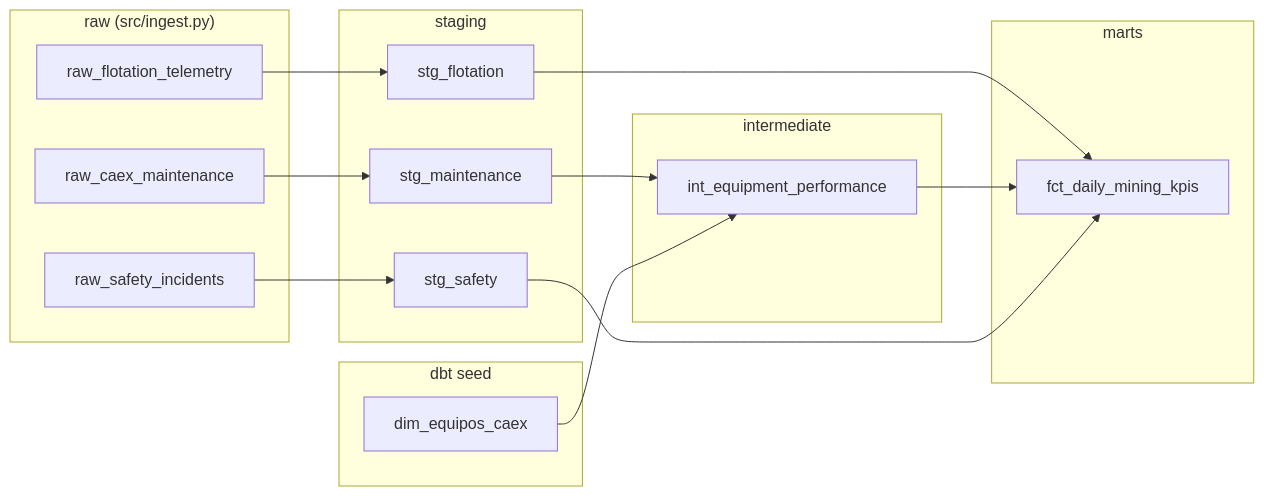
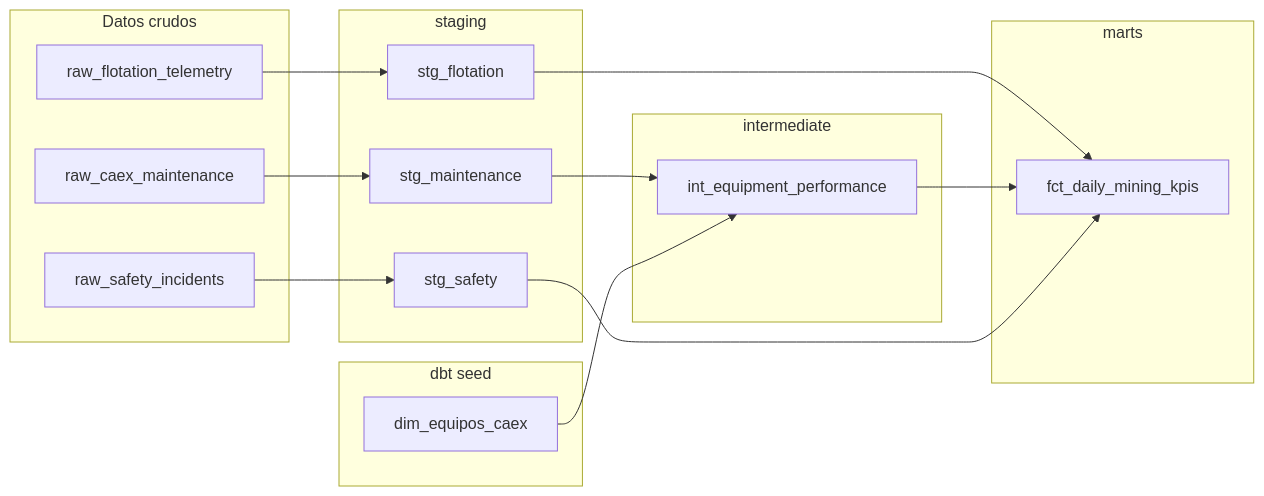
Before and after one commit to Rxyxs/data-warehouse-analitico-mineria-chile: the first of 3 diagrams in README.es.md, drawn with Mermaid. The commit also changed other lines of this file and 1 other file, not shown here.

Commit message:
fix: mermaid lineage diagram render on GitHub + add pie chart visuals

````diff
--- a/README.es.md
+++ b/README.es.md
@@ -40,31 +40,31 @@
 ```mermaid
 graph LR
-    subgraph RAW["raw (src/ingest.py)"]
+    subgraph RAW[Datos crudos]
         R1[raw_flotation_telemetry]
         R2[raw_caex_maintenance]
         R3[raw_safety_incidents]
     end
-    subgraph SEED["dbt seed"]
+    subgraph SEED[dbt seed]
         S0[dim_equipos_caex]
     end
-    subgraph STG["staging"]
+    subgraph STG[staging]
         T1[stg_flotation]
         T2[stg_maintenance]
         T3[stg_safety]
     end
-    subgraph INT["intermediate"]
+    subgraph INT[intermediate]
         I1[int_equipment_performance]
     end
-    subgraph MART["marts"]
+    subgraph MART[marts]
         M1[fct_daily_mining_kpis]
     end
 
     R1 --> T1
     R2 --> T2
     R3 --> T3
     T2 --> I1
     S0 --> I1
     T1 --> M1
     I1 --> M1
     T3 --> M1
 ```
````
